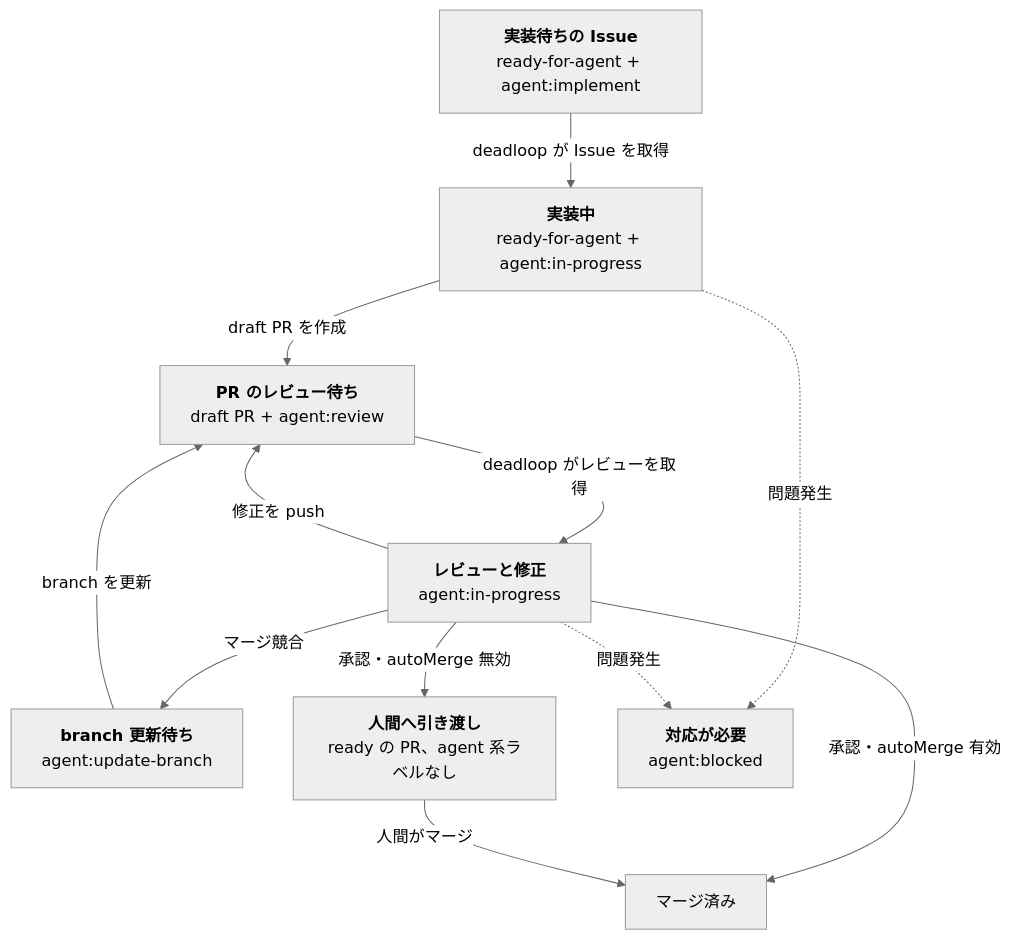
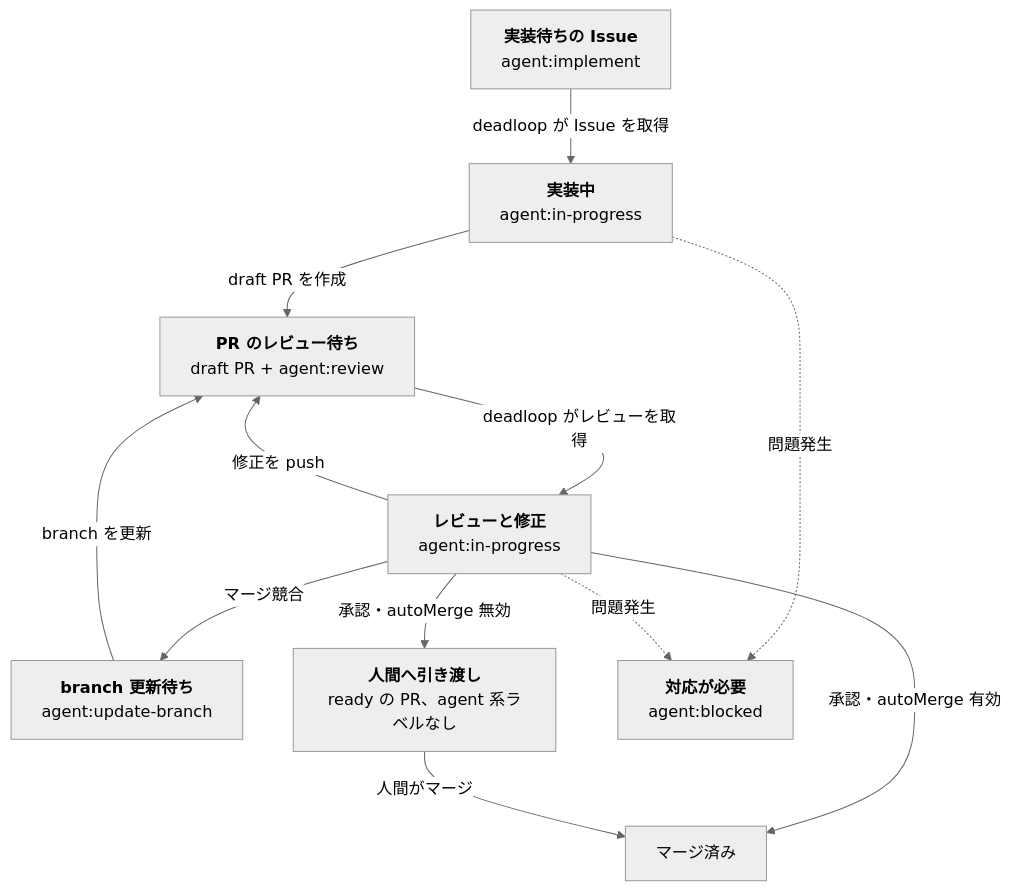
One commit to yasuhito/deadloop changed the diagram in README.ja.md. Above: the diagram before and after it, drawn with Mermaid (neutral theme). The commit also changed other lines of this file and 25 other files, not shown here.

````diff
--- a/README.ja.md
+++ b/README.ja.md
@@ -55,30 +52,30 @@
 ```mermaid
 flowchart TD
     I["`**実装待ちの Issue**
-    ready-for-agent + agent:implement`"]
+    agent:implement`"]
     W["`**実装中**
-    ready-for-agent + agent:in-progress`"]
+    agent:in-progress`"]
     R["`**PR のレビュー待ち**
     draft PR + agent:review`"]
     V["`**レビューと修正**
     agent:in-progress`"]
     U["`**branch 更新待ち**
     agent:update-branch`"]
     H["`**人間へ引き渡し**
     ready の PR、agent 系ラベルなし`"]
     M["マージ済み"]
     B["`**対応が必要**
     agent:blocked`"]
 
     I -->|deadloop が Issue を取得| W
     W -->|draft PR を作成| R
     R -->|deadloop がレビューを取得| V
     V -->|修正を push| R
     V -->|マージ競合| U
     U -->|branch を更新| R
     V -->|承認・autoMerge 無効| H
     V -->|承認・autoMerge 有効| M
     H -->|人間がマージ| M
     W -. 問題発生 .-> B
     V -. 問題発生 .-> B
 ```
````
